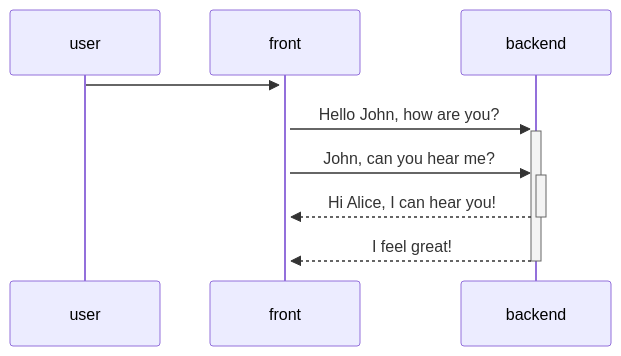
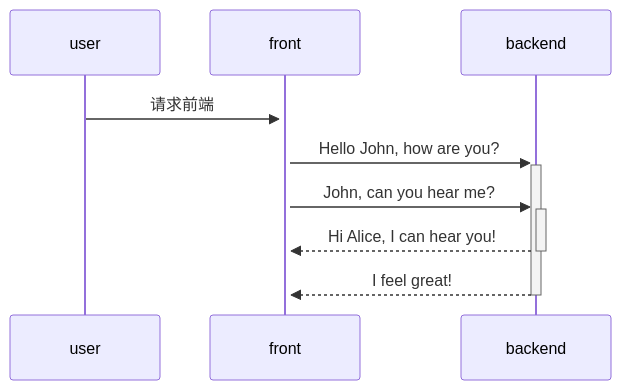
The diagram in all/未命名-4.md (yingjianzh/iodraw-files), drawn with Mermaid before and after one commit.

Commit message:
2024-08-02 17:34:05 update

````diff
--- a/all/未命名-4.md
+++ b/all/未命名-4.md
@@ -1,9 +1,9 @@
 ```mermaid
 sequenceDiagram
-    user->>+ front:
+    user->>+front: 请求前端
     front->>+backend: Hello John, how are you?
     front->>+backend: John, can you hear me?
     backend-->>-front: Hi Alice, I can hear you!
     backend-->>-front: I feel great!
             
 ```
````
